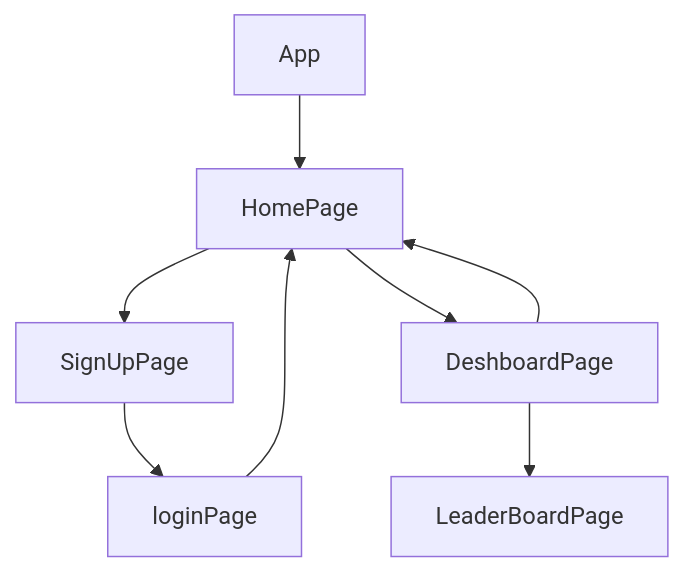
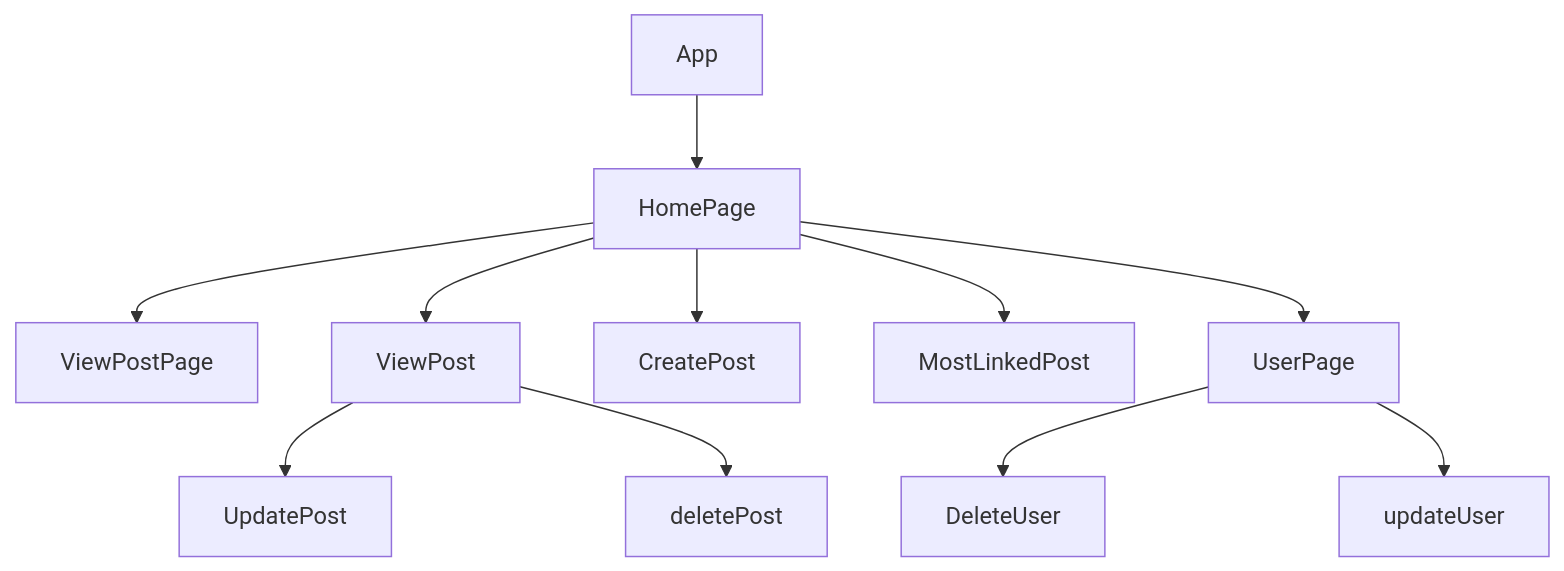
The diagram in README.md (mrprincesingh/socialmediaapp), drawn with Mermaid before and after one commit.

````diff
--- a/README.md
+++ b/README.md
@@ -88,11 +88,14 @@
 ```mermaid
 graph TD;
     App-->HomePage
-    HomePage-->SignUpPage;
-      SignUpPage-->loginPage;
-       loginPage-->HomePage;
-       HomePage --> DeshboardPage
-       DeshboardPage-->LeaderBoardPage
-       DeshboardPage-->HomePage
+    HomePage-->ViewPostPage;
+      HomePage-->ViewPost;
+       ViewPost-->UpdatePost;
+       ViewPost -->deletePost;
+       HomePage-->CreatePost;
+       HomePage-->MostLinkedPost;
+       HomePage-->UserPage;
+       UserPage-->DeleteUser;
+       UserPage-->updateUser
      
 ```
````
